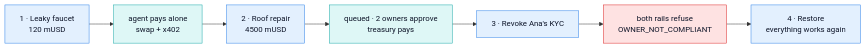
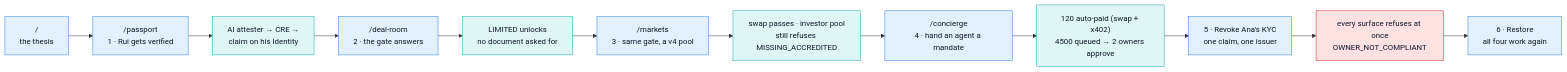
One commit to luizoamorim/passportkit changed the seventh of 7 diagrams in docs/presentation-diagrams.md. Above: the diagram before and after it, drawn with Mermaid. The commit also changed other lines of this file and 6 other files, not shown here.

````diff
--- a/docs/presentation-diagrams.md
+++ b/docs/presentation-diagrams.md
@@ -234,17 +237,22 @@
 ```mermaid
 flowchart LR
-    A["1 · Leaky faucet<br/>120 mUSD"] --> B["agent pays alone<br/>swap + x402"]
-    B --> C["2 · Roof repair<br/>4500 mUSD"]
-    C --> D["queued · 2 owners approve<br/>treasury pays"]
-    D --> E["3 · Revoke Ana's KYC"]
-    E --> F["both rails refuse<br/>OWNER_NOT_COMPLIANT"]
-    F --> G["4 · Restore<br/>everything works again"]
+    R0["/<br/>the thesis"] --> R1["/passport<br/>1 · Rui gets verified"]
+    R1 --> O1["AI attester → CRE →<br/>claim on his Identity"]
+    O1 --> R2["/deal-room<br/>2 · the gate answers"]
+    R2 --> O2["LIMITED unlocks<br/>no document asked for"]
+    O2 --> R3["/markets<br/>3 · same gate, a v4 pool"]
+    R3 --> O3["swap passes · investor pool<br/>still refuses MISSING_ACCREDITED"]
+    O3 --> R4["/concierge<br/>4 · hand an agent a mandate"]
+    R4 --> O4["120 auto-paid (swap + x402)<br/>4500 queued → 2 owners approve"]
+    O4 --> K["5 · Revoke Ana's KYC<br/>one claim, one issuer"]
+    K --> BAD["every surface refuses at once<br/>OWNER_NOT_COMPLIANT"]
+    BAD --> FIN["6 · Restore<br/>all four work again"]
 
-    classDef step fill:#E3F0FE,stroke:#2C7FE8,color:#0D1428
+    classDef route fill:#E3F0FE,stroke:#2C7FE8,color:#0D1428
     classDef out fill:#DEF7F6,stroke:#17A8A6,color:#0D1428
     classDef bad fill:#FEE2E2,stroke:#DC2626,color:#0D1428
 
-    class A,C,E,G step
-    class B,D out
-    class F bad
+    class R0,R1,R2,R3,R4,K,FIN route
+    class O1,O2,O3,O4 out
+    class BAD bad
 ```
````
